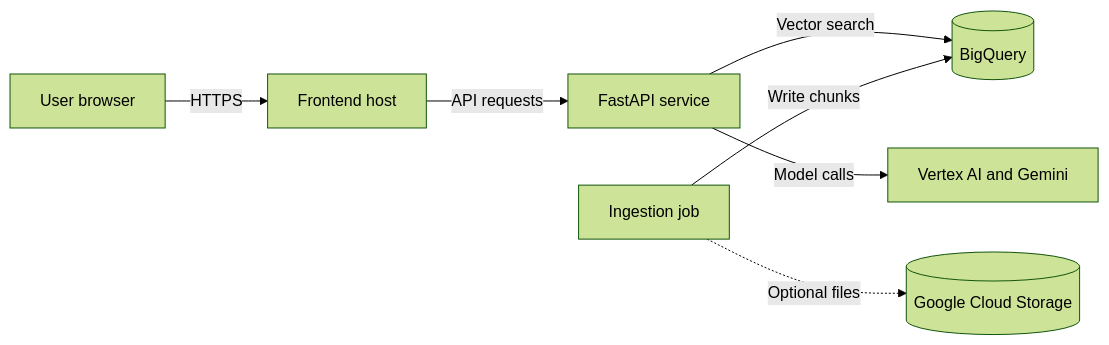
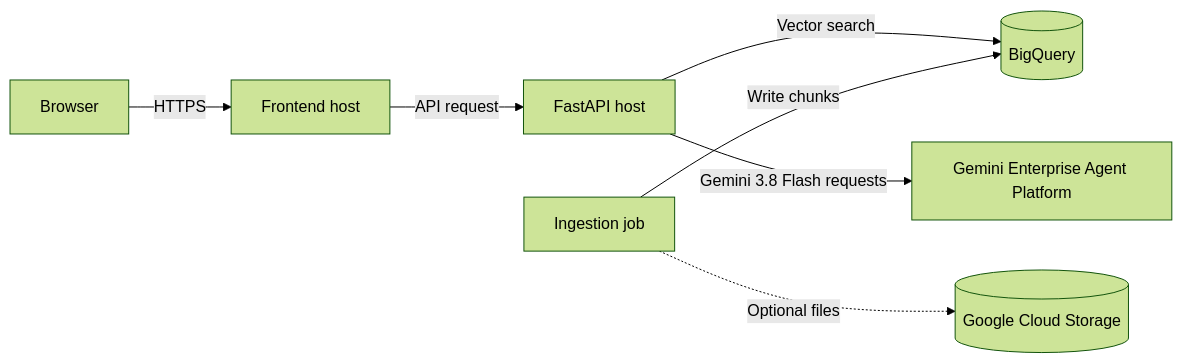
One commit to Aditya190704/CLINICAL-TRIAL-RAG- changed the fifth of 5 diagrams in ARCHITECTURE.md. Above: the diagram before and after it, drawn with Mermaid (forest theme). The commit also changed other lines of this file and 46 other files, not shown here.

````diff
--- a/ARCHITECTURE.md
+++ b/ARCHITECTURE.md
@@ -146,9 +161,9 @@
 ```mermaid
 flowchart LR
-    BROWSER[User browser] -->|HTTPS| FRONTEND[Frontend host]
-    FRONTEND -->|API requests| API[FastAPI service]
+    BROWSER[Browser] -->|HTTPS| FRONTEND[Frontend host]
+    FRONTEND -->|API request| API[FastAPI host]
     API -->|Vector search| BQ[(BigQuery)]
-    API -->|Model calls| VERTEX[Vertex AI and Gemini]
+    API -->|Gemini 3.8 Flash requests| VERTEX[Gemini Enterprise Agent Platform]
     INGEST[Ingestion job] -->|Write chunks| BQ
     INGEST -. Optional files .-> GCS[(Google Cloud Storage)]
 ```
````
